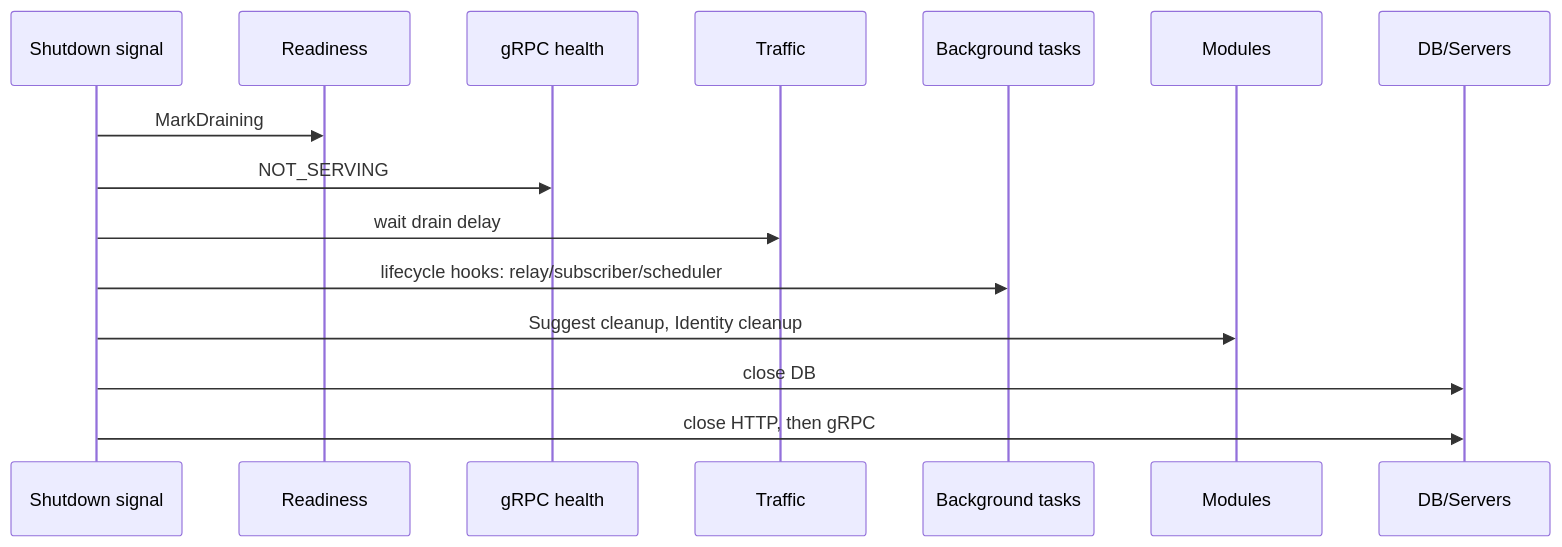
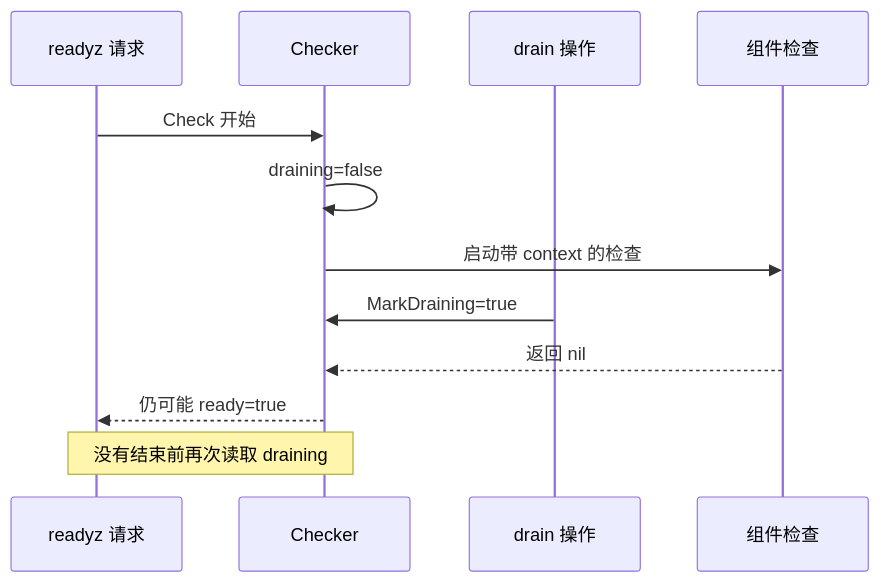
The first of 2 diagrams in docs/01-运行时/03-后台任务就绪与优雅关闭.md (FangcunMount/iam), drawn with Mermaid before and after one commit. The commit also changed other lines of this file and 36 other files, not shown here.

````diff
--- a/docs/01-运行时/03-后台任务就绪与优雅关闭.md
+++ b/docs/01-运行时/03-后台任务就绪与优雅关闭.md
@@ -63,17 +41,14 @@
 ```mermaid
 sequenceDiagram
-    participant S as Shutdown signal
-    participant R as Readiness
-    participant G as gRPC health
-    participant T as Traffic
-    participant B as Background tasks
-    participant M as Modules
-    participant D as DB/Servers
-    S->>R: MarkDraining
-    S->>G: NOT_SERVING
-    S->>T: wait drain delay
-    S->>B: lifecycle hooks: relay/subscriber/scheduler
-    S->>M: Suggest cleanup, Identity cleanup
-    S->>D: close DB
-    S->>D: close HTTP, then gRPC
+    participant P as readyz 请求
+    participant C as Checker
+    participant D as drain 操作
+    participant X as 组件检查
+    P->>C: Check 开始
+    C->>C: draining=false
+    C->>X: 启动带 context 的检查
+    D->>C: MarkDraining=true
+    X-->>C: 返回 nil
+    C-->>P: 仍可能 ready=true
+    Note over P,C: 没有结束前再次读取 draining
 ```
````
